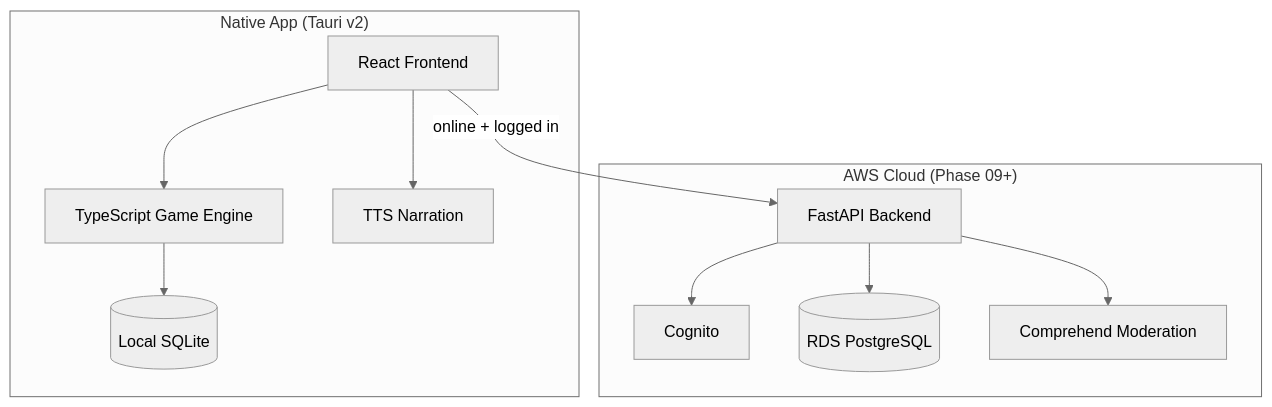
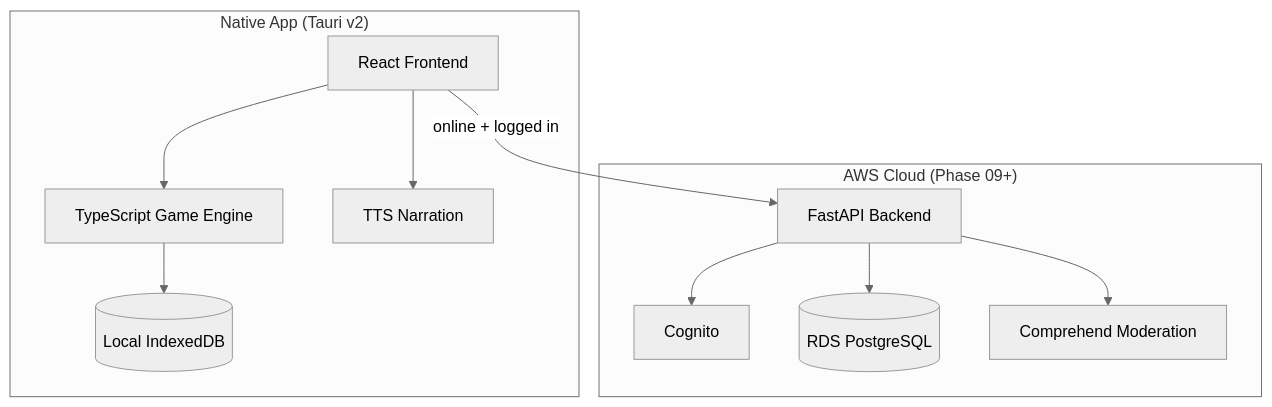
Before and after one commit to threnjen/yourwolf-monorepo: the second of 2 diagrams in docs/ROADMAP.md, drawn with Mermaid (neutral theme). The commit also changed other lines of this file and 142 other files, not shown here.

````diff
--- a/docs/ROADMAP.md
+++ b/docs/ROADMAP.md
@@ -259,25 +259,25 @@
 ```mermaid
 flowchart TB
     subgraph NativeApp["Native App (Tauri v2)"]
         UI[React Frontend]
         Engine[TypeScript Game Engine]
-        SQLite[(Local SQLite)]
+        LocalStore[(Local IndexedDB)]
         TTS[TTS Narration]
     end
     
     UI --> Engine
-    Engine --> SQLite
+    Engine --> LocalStore
     UI --> TTS
     UI -->|"online + logged in"| CloudAPI
     
     subgraph AWS["AWS Cloud (Phase 09+)"]
         CloudAPI[FastAPI Backend]
         Auth[Cognito]
         DB[(RDS PostgreSQL)]
         Comprehend[Comprehend Moderation]
     end
     
     CloudAPI --> Auth
     CloudAPI --> DB
     CloudAPI --> Comprehend
 ```
````
